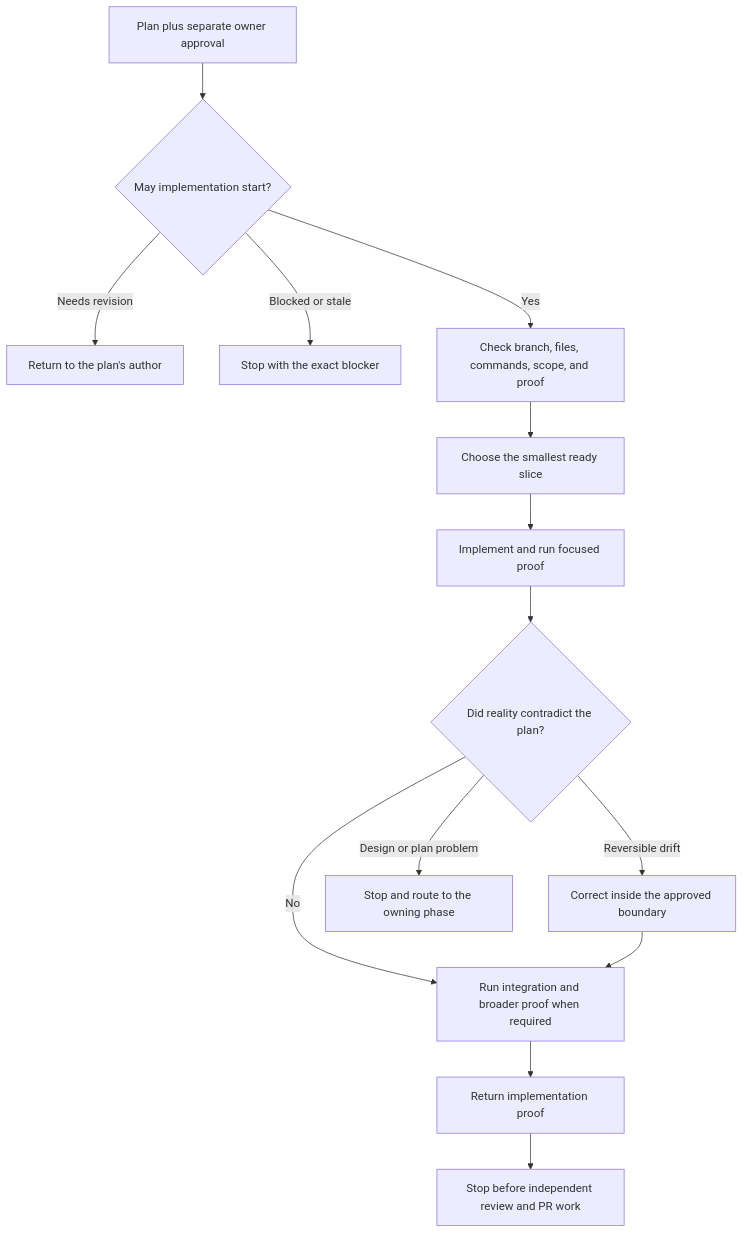
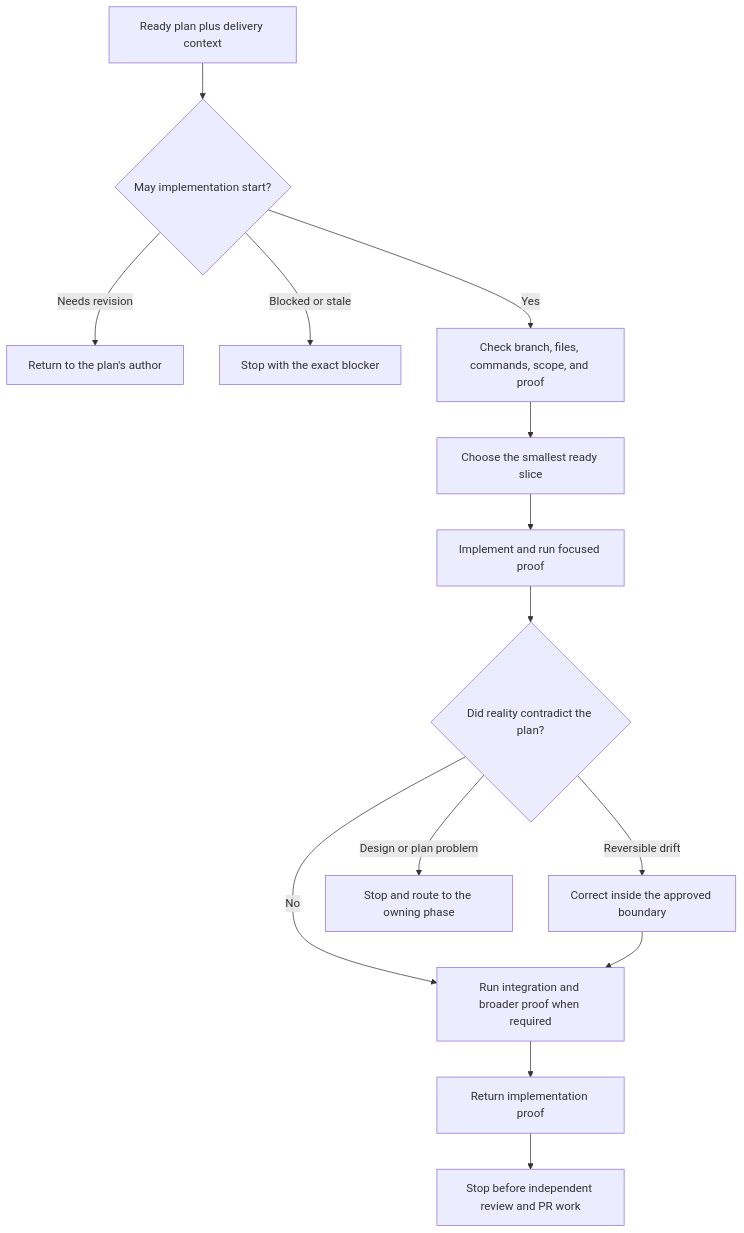
The diagram in plugins/shravan-dev-workflow/skills/implement-plan/README.md (ShravanSunder/ai-tools), drawn with Mermaid before and after one commit. The commit also changed other lines of this file and 120 other files, not shown here.

````diff
--- a/plugins/shravan-dev-workflow/skills/implement-plan/README.md
+++ b/plugins/shravan-dev-workflow/skills/implement-plan/README.md
@@ -9,16 +9,16 @@
 ```mermaid
 flowchart TD
-    A[Plan plus separate owner approval] --> B{May implementation start?}
+    A[Ready plan plus delivery context] --> B{May implementation start?}
     B -- Needs revision --> C[Return to the plan's author]
     B -- Blocked or stale --> D[Stop with the exact blocker]
     B -- Yes --> E[Check branch, files, commands, scope, and proof]
     E --> F[Choose the smallest ready slice]
     F --> G[Implement and run focused proof]
     G --> H{Did reality contradict the plan?}
     H -- Reversible drift --> I[Correct inside the approved boundary]
     H -- Design or plan problem --> J[Stop and route to the owning phase]
     H -- No --> K[Run integration and broader proof when required]
     I --> K
     K --> L[Return implementation proof]
     L --> M[Stop before independent review and PR work]
 ```
````
